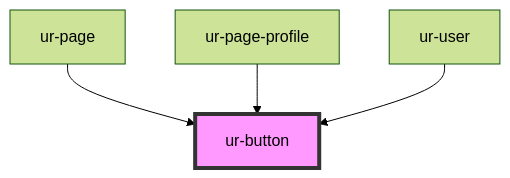
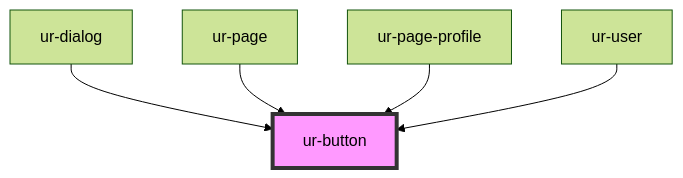
The diagram in src/components/ur-button/readme.md (hellish/urnovl-web-components), drawn with Mermaid (forest theme) before and after one commit. The commit also changed other lines of this file and 99 other files, not shown here.

````diff
--- a/src/components/ur-button/readme.md
+++ b/src/components/ur-button/readme.md
@@ -27,7 +28,8 @@
 ```mermaid
 graph TD;
+  ur-dialog --> ur-button
   ur-page --> ur-button
   ur-page-profile --> ur-button
   ur-user --> ur-button
   style ur-button fill:#f9f,stroke:#333,stroke-width:4px
 ```
````
